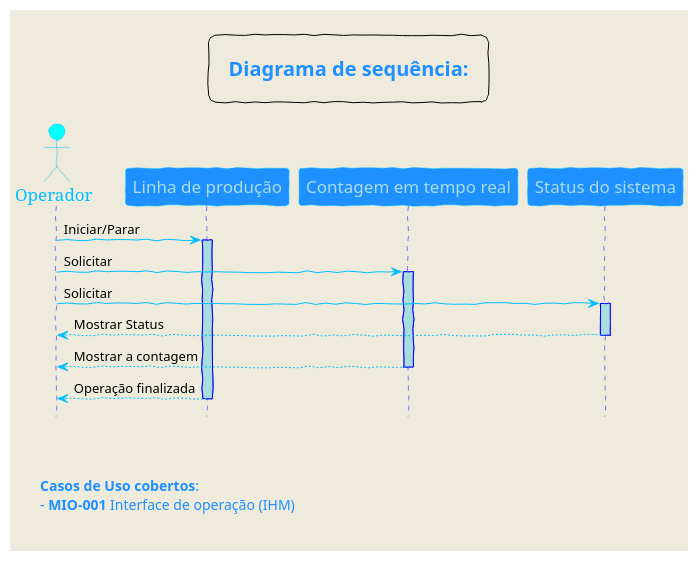
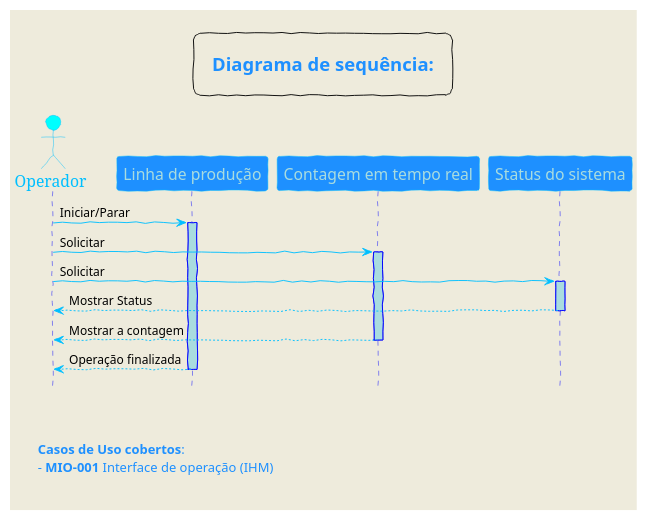
The diagram in DS-IHM-001.puml (Embrapac/diagramas), drawn with PlantUML before and after one commit. The commit also changed 3 other files, not shown here.

Commit message:
Criação do template base de diagrama sequencial, e adição dos pngs

```diff
--- a/DS-IHM-001.puml
+++ b/DS-IHM-001.puml
@@ -1,97 +1,101 @@
 @startuml
+'Parametros de dimensões:
+scale 500 width
+scale 500 height
+
 'Parametros de cor:
 skinparam backgroundColor #EEEBDC
 skinparam handwritten true
 skinparam sequenceArrowColor DeepSkyBlue
 skinparam sequenceActorBorderColor DeepSkyBlue
 skinparam sequenceLifeLineBorderColor blue
 skinparam sequenceLifeLineBackgroundColor #A9DCDF
 skinparam sequenceParticipantBorderColor DeepSkyBlue
 skinparam sequenceParticipantBackgroundColor DodgerBlue
 skinparam sequenceParticipantFontName Impact
 skinparam sequenceParticipantFontSize 17
 skinparam sequenceParticipantFontColor #A9DCDF
 skinparam sequenceActorBackgroundColor aqua
 skinparam sequenceActorFontColor DeepSkyBlue
 skinparam sequenceActorFontSize 17
 skinparam sequenceActorFontName Aapex
 
 skinparam legendFontColor DodgerBlue
 skinparam legendFontSize 16
 skinparam legndFontName Arial
 
 <style>
 footer {
   HorizontalAlignment left
   FontSize 14
   FontColor DodgerBlue  
   FontName Arial
   Margin 20
   Padding 10
 }
 legend {
   FontSize 20
   FontColor DodgerBlue  
   FontName Arial
   Margin 20
   Padding 20
 }
 </style>
 
 hide footbox
 
 actor Operador
 participant "Linha de produção" as A
 participant "Contagem em tempo real" as B
 participant "Status do sistema" as C
 
 '======================================================
 '                      Inicio
 '======================================================
 
 'Comando de iniciar/parar:
 Operador -> A: Iniciar/Parar
 activate A
 '------------------------------------------------------
 
 'Solicitar Contagem
 Operador -> B: Solicitar
 activate B
 '------------------------------------------------------
 
 'Solicitar o Status 
 Operador-> C: Solicitar
 activate C
 '------------------------------------------------------
 
 C --> Operador: Mostrar Status
 deactivate C
 '------------------------------------------------------
 
 B --> Operador: Mostrar a contagem
 deactivate B
 '------------------------------------------------------
 
 A --> Operador: Operação finalizada
 deactivate A
 '------------------------------------------------------
 
 
 '=====================================================
 'Notas:
 '=====================================================
 
 legend top
 **Diagrama de sequência:**
 end legend
 
 footer
 
 
 **Casos de Uso cobertos**:
  - **MIO-001** Interface de operação (IHM)
 end footer
 
 
 
 @enduml
```
